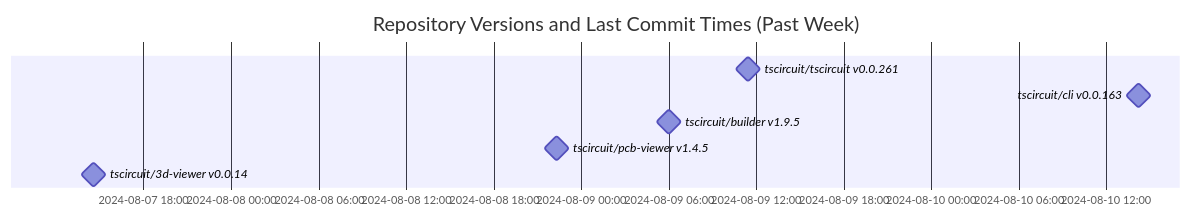
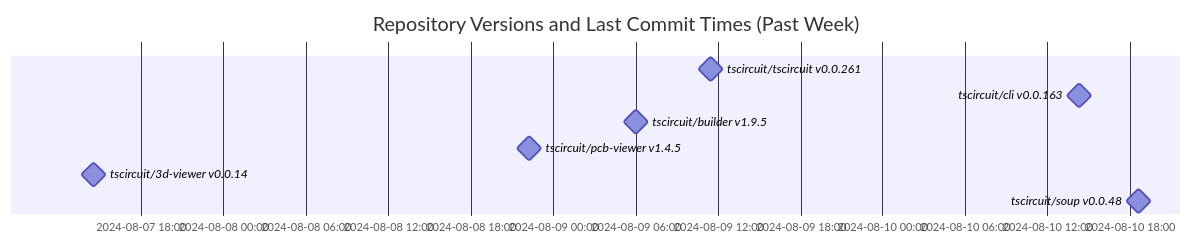
The diagram in README.md (tscircuit/version-tracker), drawn with Mermaid before and after one commit.

Commit message:
Update chart

````diff
--- a/README.md
+++ b/README.md
@@ -1,12 +1,13 @@
 ```mermaid
 gantt
   dateFormat  YYYY-MM-DD HH:mm:ss
   title Repository Versions and Last Commit Times (Past Week)
   axisFormat %Y-%m-%d %H:%M
 
   tscircuit/tscircuit v0.0.261 : milestone, 2024-08-09 11:27:18, 1s
   tscircuit/cli v0.0.163 : milestone, 2024-08-10 14:15:28, 1s
   tscircuit/builder v1.9.5 : milestone, 2024-08-09 06:00:02, 1s
   tscircuit/pcb-viewer v1.4.5 : milestone, 2024-08-08 22:18:20, 1s
   tscircuit/3d-viewer v0.0.14 : milestone, 2024-08-07 14:34:01, 1s
+  tscircuit/soup v0.0.48 : milestone, 2024-08-10 18:36:47, 1s
 ```
````
